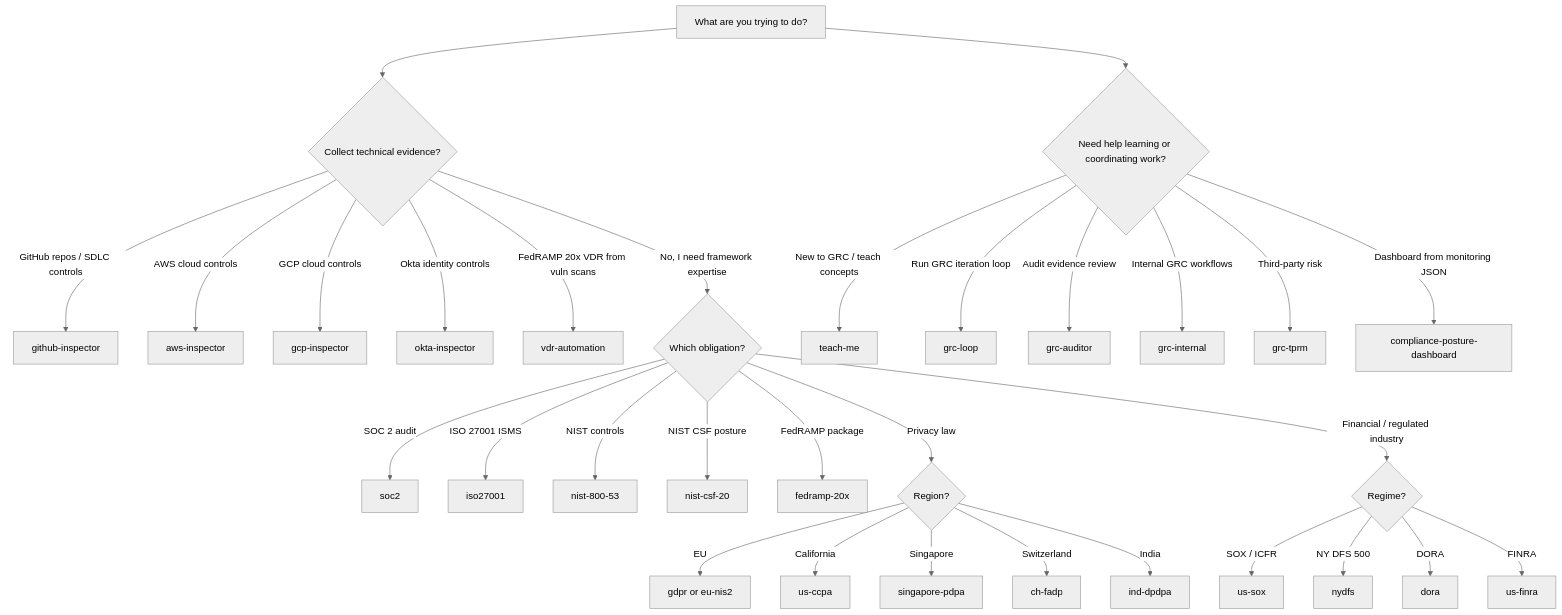
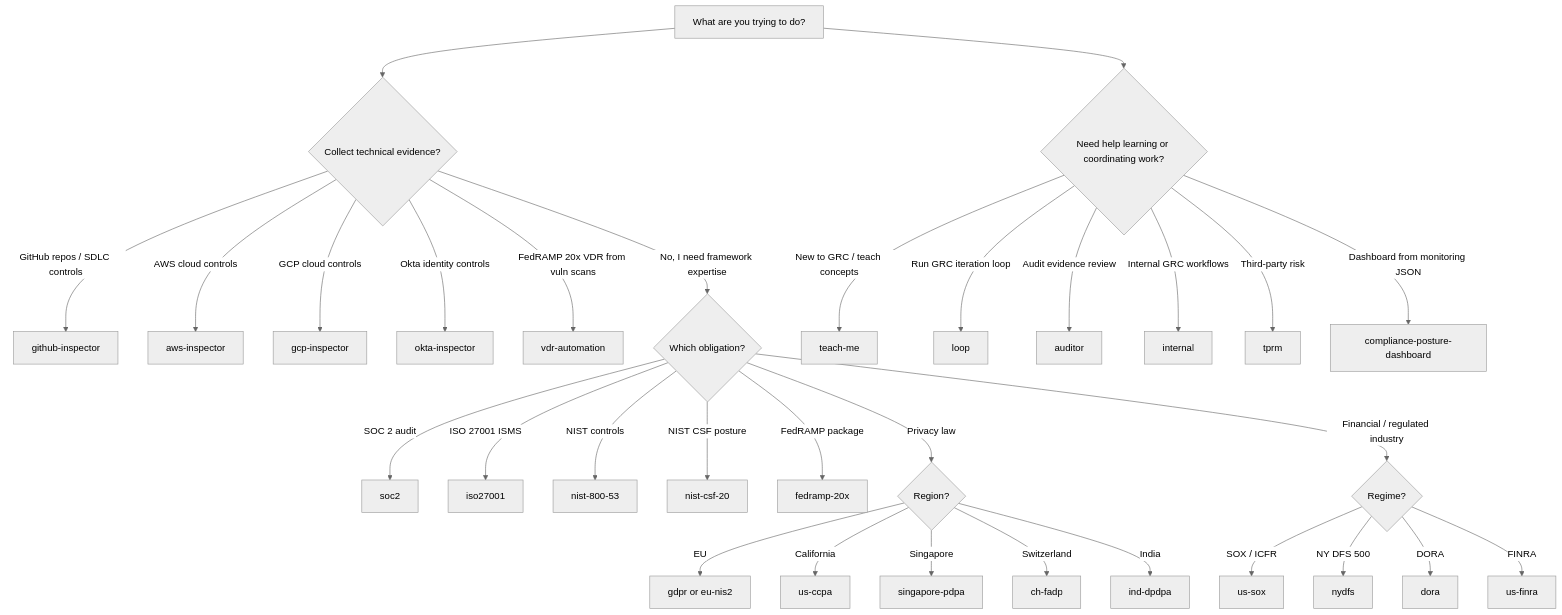
The diagram in docs/QUICKSTART.md (GRCEngClub/claude-grc-engineering), drawn with Mermaid (neutral theme) before and after one commit. The commit also changed other lines of this file and 565 other files, not shown here.

````diff
--- a/docs/QUICKSTART.md
+++ b/docs/QUICKSTART.md
@@ -39,37 +39,37 @@
 ```mermaid
 flowchart TD
     A[What are you trying to do?] --> B{Collect technical evidence?}
     B -->|GitHub repos / SDLC controls| GH[github-inspector]
     B -->|AWS cloud controls| AWS[aws-inspector]
     B -->|GCP cloud controls| GCP[gcp-inspector]
     B -->|Okta identity controls| OKTA[okta-inspector]
     B -->|FedRAMP 20x VDR from vuln scans| VDR[vdr-automation]
     B -->|No, I need framework expertise| C{Which obligation?}
 
     C -->|SOC 2 audit| SOC2[soc2]
     C -->|ISO 27001 ISMS| ISO[iso27001]
     C -->|NIST controls| NIST[nist-800-53]
     C -->|NIST CSF posture| CSF[nist-csf-20]
     C -->|FedRAMP package| FED[fedramp-20x]
     C -->|Privacy law| PRIV{Region?}
     C -->|Financial / regulated industry| FIN{Regime?}
 
     PRIV -->|EU| GDPR[gdpr or eu-nis2]
     PRIV -->|California| CCPA[us-ccpa]
     PRIV -->|Singapore| PDPA[singapore-pdpa]
     PRIV -->|Switzerland| FADP[ch-fadp]
     PRIV -->|India| DPDPA[ind-dpdpa]
 
     FIN -->|SOX / ICFR| SOX[us-sox]
     FIN -->|NY DFS 500| NYDFS[nydfs]
     FIN -->|DORA| DORA[dora]
     FIN -->|FINRA| FINRA[us-finra]
 
     A --> D{Need help learning or coordinating work?}
     D -->|New to GRC / teach concepts| TEACH[teach-me]
-    D -->|Run GRC iteration loop| LOOP[grc-loop]
-    D -->|Audit evidence review| AUDIT[grc-auditor]
-    D -->|Internal GRC workflows| INTERNAL[grc-internal]
-    D -->|Third-party risk| TPRM[grc-tprm]
+    D -->|Run GRC iteration loop| LOOP[loop]
+    D -->|Audit evidence review| AUDIT[auditor]
+    D -->|Internal GRC workflows| INTERNAL[internal]
+    D -->|Third-party risk| TPRM[tprm]
     D -->|Dashboard from monitoring JSON| DASH[compliance-posture-dashboard]
 ```
````
